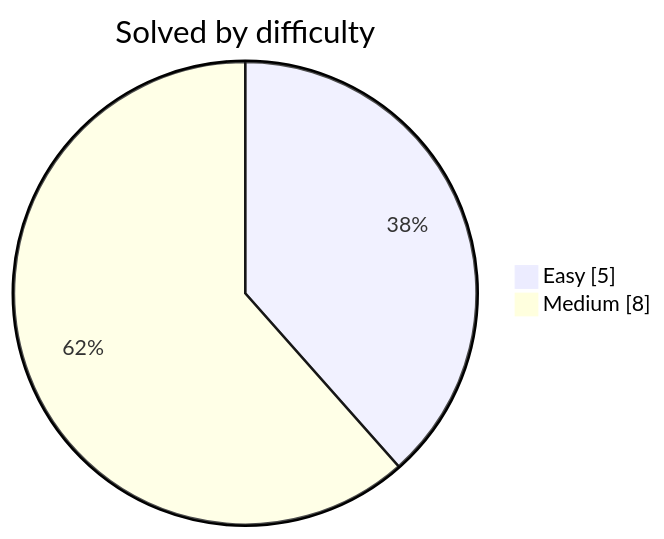
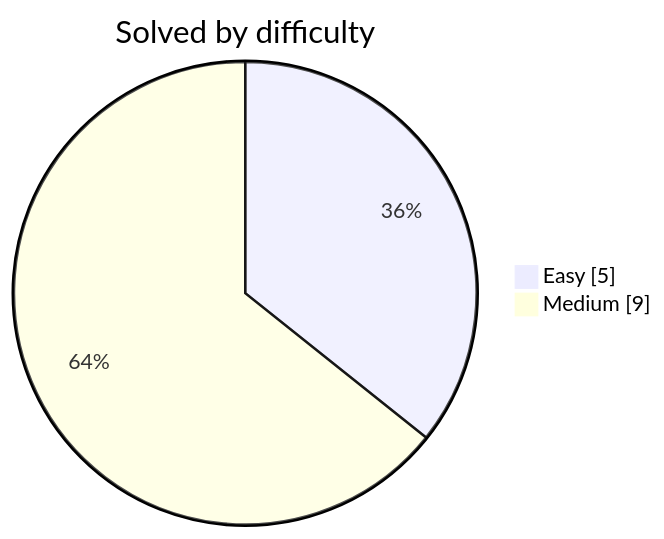
The diagram in README.md (DwijeshD/leetcode-solutions), drawn with Mermaid before and after one commit. The commit also changed other lines of this file and 2 other files, not shown here.

````diff
--- a/README.md
+++ b/README.md
@@ -31,6 +31,6 @@
 ```mermaid
 pie showData
     title Solved by difficulty
     "Easy" : 5
-    "Medium" : 8
+    "Medium" : 9
 ```
````
